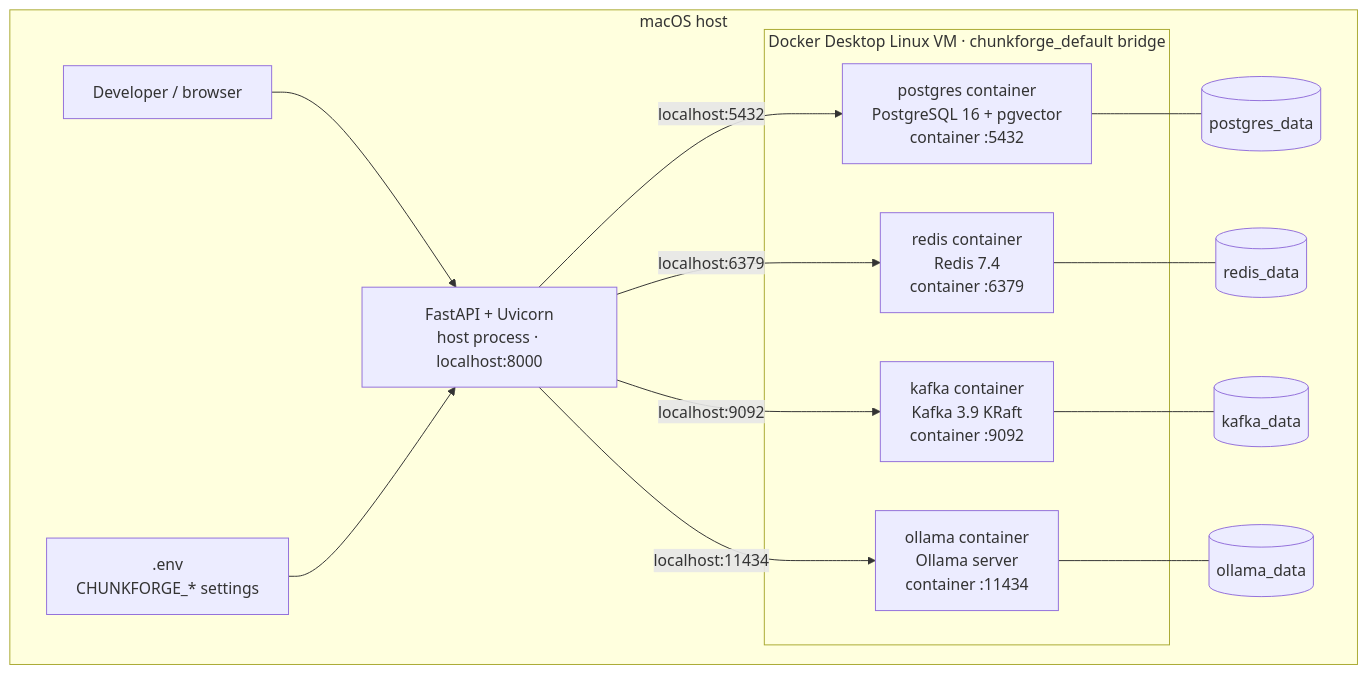
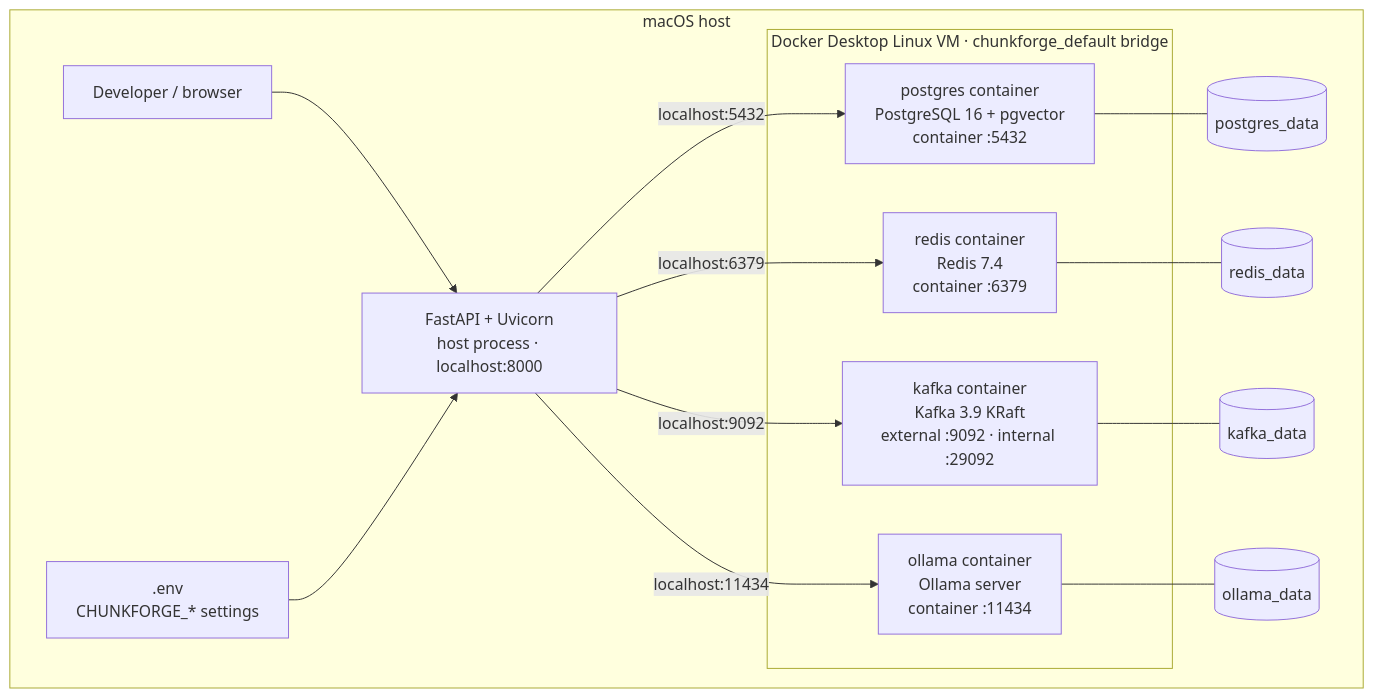
One commit to sreecharanreddymadireddy/chunkforge changed the first of 2 diagrams in docs/architecture/local-docker.md. Above: the diagram before and after it, drawn with Mermaid. The commit also changed other lines of this file and 20 other files, not shown here.

````diff
--- a/docs/architecture/local-docker.md
+++ b/docs/architecture/local-docker.md
@@ -9,32 +10,32 @@
 ```mermaid
 flowchart TB
     subgraph HOST["macOS host"]
         DEV["Developer / browser"]
         API["FastAPI + Uvicorn<br/>host process · localhost:8000"]
         ENV[".env<br/>CHUNKFORGE_* settings"]
         DEV --> API
         ENV --> API
 
         subgraph DOCKER["Docker Desktop Linux VM · chunkforge_default bridge"]
             PG["postgres container<br/>PostgreSQL 16 + pgvector<br/>container :5432"]
             REDIS["redis container<br/>Redis 7.4<br/>container :6379"]
-            KAFKA["kafka container<br/>Kafka 3.9 KRaft<br/>container :9092"]
+            KAFKA["kafka container<br/>Kafka 3.9 KRaft<br/>external :9092 · internal :29092"]
             OLLAMA["ollama container<br/>Ollama server<br/>container :11434"]
         end
 
         PGVOL[("postgres_data")]
         REDISVOL[("redis_data")]
         KAFKAVOL[("kafka_data")]
         OLLAMAVOL[("ollama_data")]
     end
 
     API --> |"localhost:5432"| PG
     API --> |"localhost:6379"| REDIS
     API --> |"localhost:9092"| KAFKA
     API --> |"localhost:11434"| OLLAMA
 
     PG --- PGVOL
     REDIS --- REDISVOL
     KAFKA --- KAFKAVOL
     OLLAMA --- OLLAMAVOL
 ```
````
